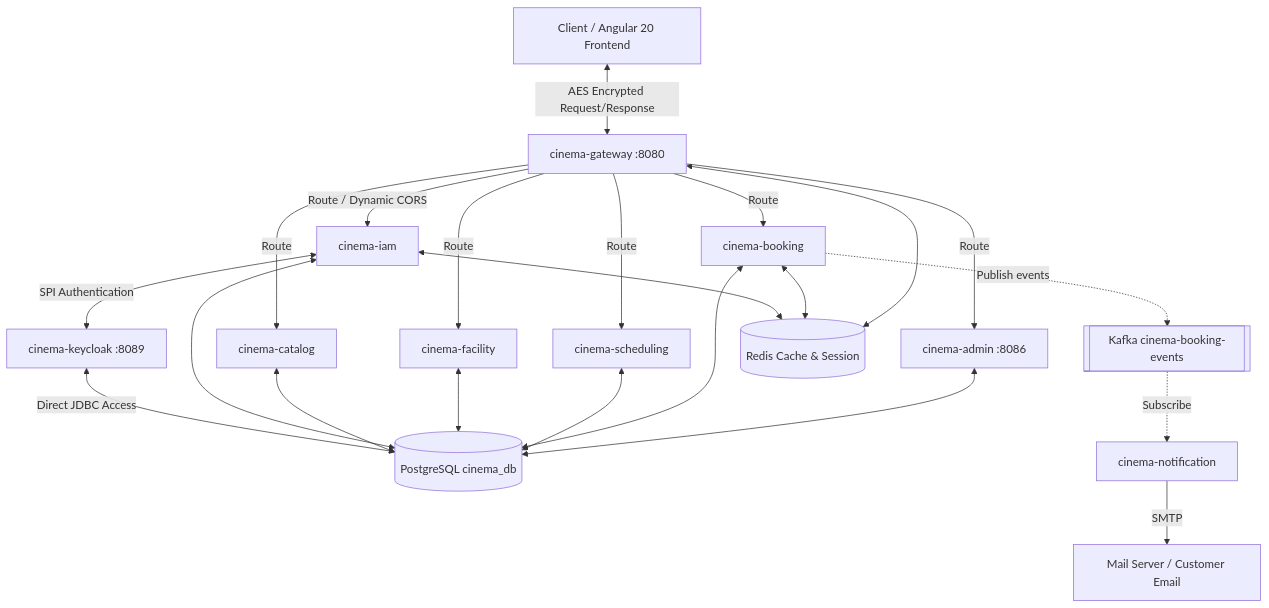
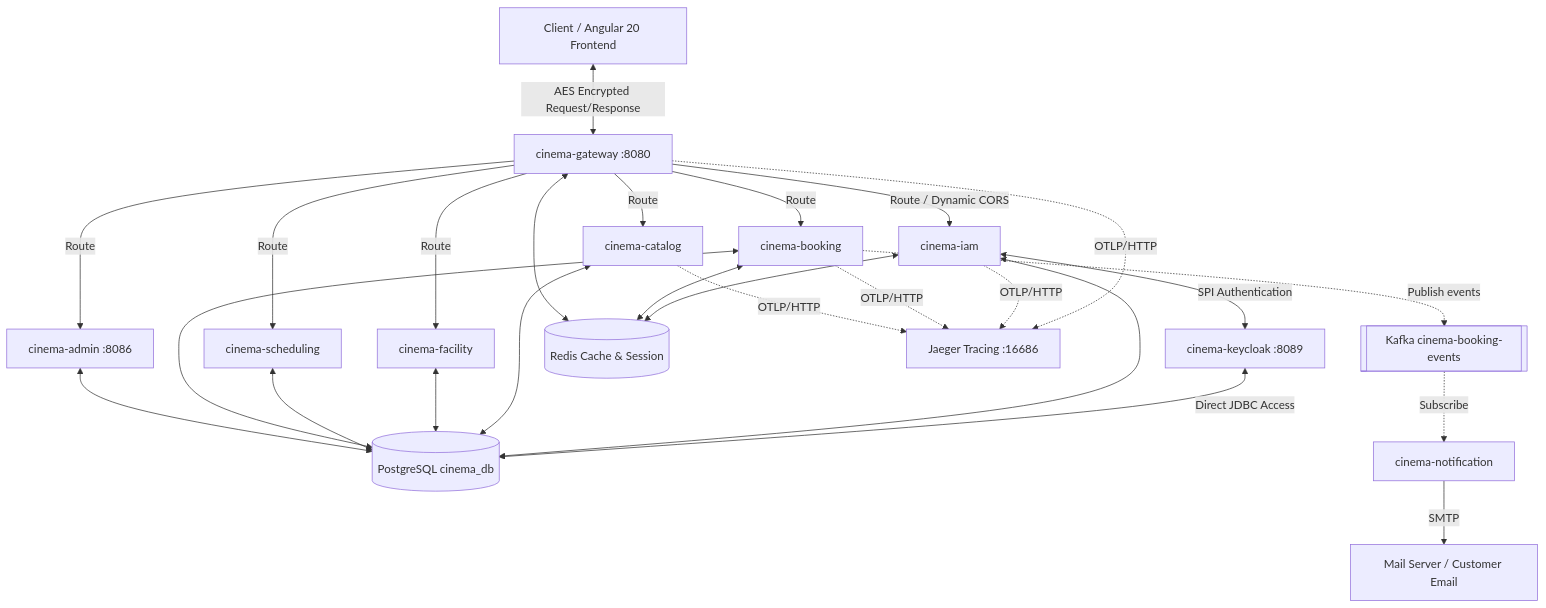
Before and after one commit to FingTw/sys_cinemas: the first of 4 diagrams in PROJECT_OVERVIEW.md, drawn with Mermaid. The commit also changed other lines of this file and 137 other files, not shown here.

````diff
--- a/PROJECT_OVERVIEW.md
+++ b/PROJECT_OVERVIEW.md
@@ -13,32 +13,38 @@
 ```mermaid
 flowchart TD
     Client[Client / Angular 20 Frontend] <-->|AES Encrypted Request/Response| GW[cinema-gateway :8080]
     
     GW -->|Route / Dynamic CORS| IAM[cinema-iam]
     GW -->|Route| Catalog[cinema-catalog]
     GW -->|Route| Facility[cinema-facility]
     GW -->|Route| Scheduling[cinema-scheduling]
     GW -->|Route| Booking[cinema-booking]
     GW -->|Route| Admin[cinema-admin :8086]
     
     IAM <-->|SPI Authentication| Keycloak[cinema-keycloak :8089]
     Keycloak <-->|Direct JDBC Access| DB[(PostgreSQL cinema_db)]
     
     Booking -.->|Publish events| Kafka[[Kafka cinema-booking-events]]
     Kafka -.->|Subscribe| Notification[cinema-notification]
     
     Notification -->|SMTP| EmailService[Mail Server / Customer Email]
     
     %% Shared DB connections %%
     IAM <--> DB
     Catalog <--> DB
     Facility <--> DB
     Scheduling <--> DB
     Booking <--> DB
     Admin <--> DB
     
     %% Shared Redis connection %%
     IAM <--> Redis[(Redis Cache & Session)]
     Booking <--> Redis
     GW <--> Redis
+    
+    %% Distributed Tracing %%
+    GW -.->|OTLP/HTTP| Jaeger[Jaeger Tracing :16686]
+    IAM -.->|OTLP/HTTP| Jaeger
+    Booking -.->|OTLP/HTTP| Jaeger
+    Catalog -.->|OTLP/HTTP| Jaeger
 ```
````
